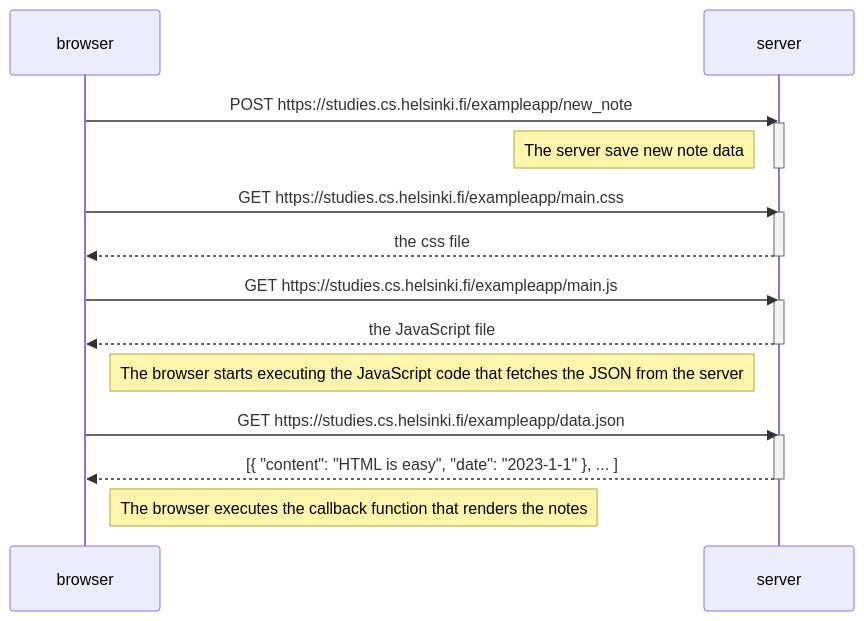
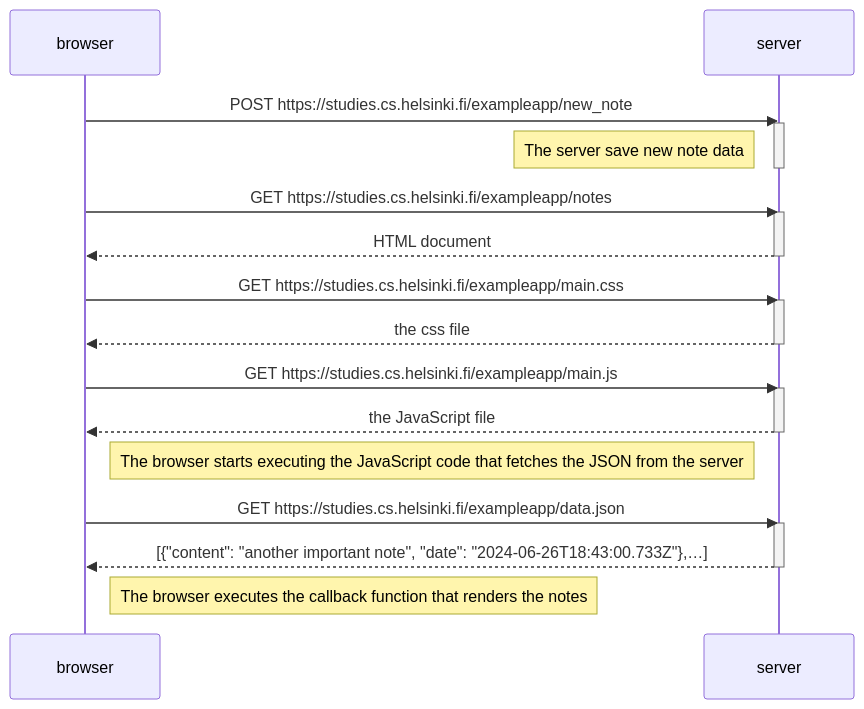
One commit to kevintannn/fs-open-submission changed the diagram in part0/0.4_new_note_diagram.mermaid. Above: the diagram before and after it, drawn with Mermaid.

```diff
--- a/part0/0.4_new_note_diagram.mermaid
+++ b/part0/0.4_new_note_diagram.mermaid
@@ -1,27 +1,32 @@
 sequenceDiagram
     participant browser
     participant server
 
     browser->>server: POST https://studies.cs.helsinki.fi/exampleapp/new_note
     activate server
     Note left of server: The server save new note data
+    deactivate server
+
+    browser->>server: GET https://studies.cs.helsinki.fi/exampleapp/notes
+    activate server
+    server-->>browser: HTML document
     deactivate server
 
     browser->>server: GET https://studies.cs.helsinki.fi/exampleapp/main.css
     activate server
     server-->>browser: the css file
     deactivate server
 
     browser->>server: GET https://studies.cs.helsinki.fi/exampleapp/main.js
     activate server
     server-->>browser: the JavaScript file
     deactivate server
 
     Note right of browser: The browser starts executing the JavaScript code that fetches the JSON from the server
 
     browser->>server: GET https://studies.cs.helsinki.fi/exampleapp/data.json
     activate server
-    server-->>browser: [{ "content": "HTML is easy", "date": "2023-1-1" }, ... ]
+    server-->>browser: [{"content": "another important note", "date": "2024-06-26T18:43:00.733Z"},…]
     deactivate server
 
     Note right of browser: The browser executes the callback function that renders the notes
```
